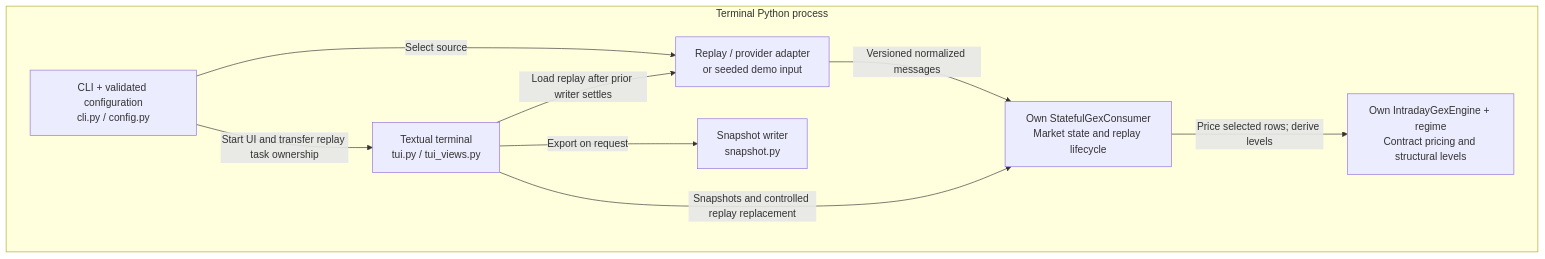
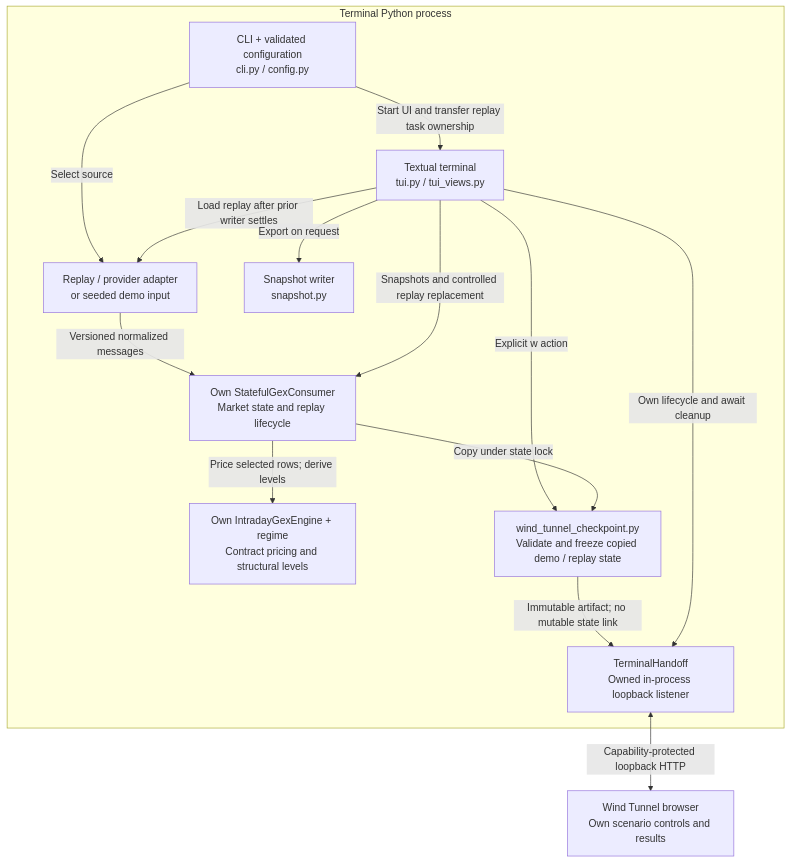
The third of 4 diagrams in docs/architecture.md (zrack/gex-terminal), drawn with Mermaid before and after one commit. The commit also changed other lines of this file and 24 other files, not shown here.

````diff
--- a/docs/architecture.md
+++ b/docs/architecture.md
@@ -156,18 +173,26 @@
 ```mermaid
 flowchart TB
     subgraph terminal["Terminal Python process"]
         cli["CLI + validated configuration<br/>cli.py / config.py"]
         intake["Replay / provider adapter<br/>or seeded demo input"]
         consumer["Own StatefulGexConsumer<br/>Market state and replay lifecycle"]
         engine["Own IntradayGexEngine + regime<br/>Contract pricing and structural levels"]
         tui["Textual terminal<br/>tui.py / tui_views.py"]
         exports["Snapshot writer<br/>snapshot.py"]
+        frozen["wind_tunnel_checkpoint.py<br/>Validate and freeze copied demo / replay state"]
+        handoff["TerminalHandoff<br/>Owned in-process loopback listener"]
         cli -->|Select source| intake
         cli -->|Start UI and transfer replay task ownership| tui
         intake -->|Versioned normalized messages| consumer
         consumer -->|Price selected rows; derive levels| engine
         tui -->|Snapshots and controlled replay replacement| consumer
         tui -->|Load replay after prior writer settles| intake
         tui -->|Export on request| exports
+        tui -->|Explicit w action| frozen
+        consumer -->|Copy under state lock| frozen
+        frozen -->|Immutable artifact; no mutable state link| handoff
+        tui -->|Own lifecycle and await cleanup| handoff
     end
+    browser["Wind Tunnel browser<br/>Own scenario controls and results"]
+    handoff <-->|Capability-protected loopback HTTP| browser
 ```
````
